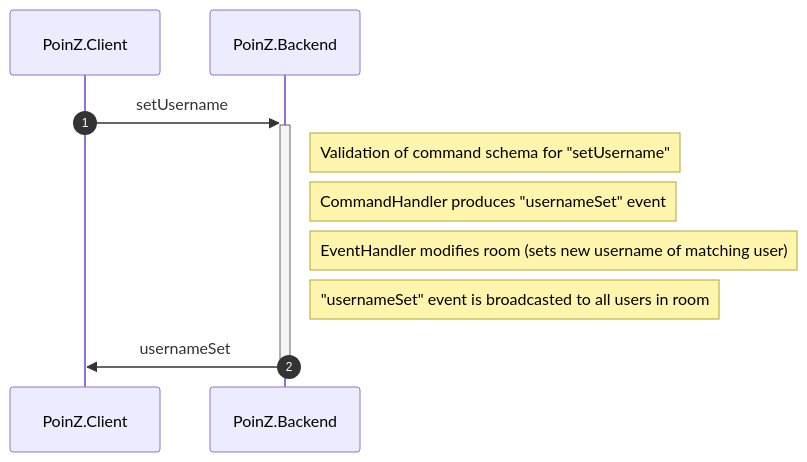
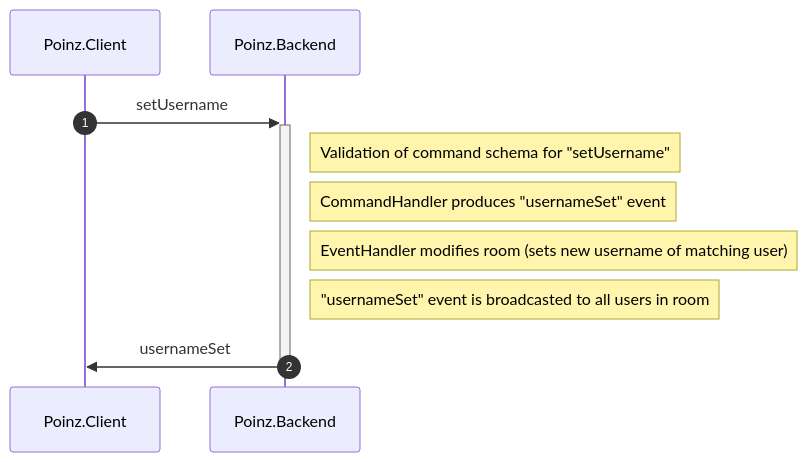
The diagram in docu/diagrams/sequenceCommandHandlingExample.md (Zuehlke/poinz), drawn with Mermaid before and after one commit. The commit also changed 40 other files, not shown here.

Commit message:
#58 replace all occurences of "PoinZ" with "Poinz"

````diff
--- a/docu/diagrams/sequenceCommandHandlingExample.md
+++ b/docu/diagrams/sequenceCommandHandlingExample.md
@@ -1,12 +1,12 @@
 ```mermaid
 sequenceDiagram
   autonumber
-  participant PoinZ.Client
-  participant PoinZ.Backend
-  PoinZ.Client->>+PoinZ.Backend: setUsername
-  Note right of PoinZ.Backend: Validation of command schema for "setUsername"
-  Note right of PoinZ.Backend: CommandHandler produces "usernameSet" event
-  Note right of PoinZ.Backend: EventHandler modifies room (sets new username of matching user)
-  Note right of PoinZ.Backend: "usernameSet" event is broadcasted to all users in room
-  PoinZ.Backend->>-PoinZ.Client: usernameSet
+  participant Poinz.Client
+  participant Poinz.Backend
+  Poinz.Client->>+Poinz.Backend: setUsername
+  Note right of Poinz.Backend: Validation of command schema for "setUsername"
+  Note right of Poinz.Backend: CommandHandler produces "usernameSet" event
+  Note right of Poinz.Backend: EventHandler modifies room (sets new username of matching user)
+  Note right of Poinz.Backend: "usernameSet" event is broadcasted to all users in room
+  Poinz.Backend->>-Poinz.Client: usernameSet
 ```
````
